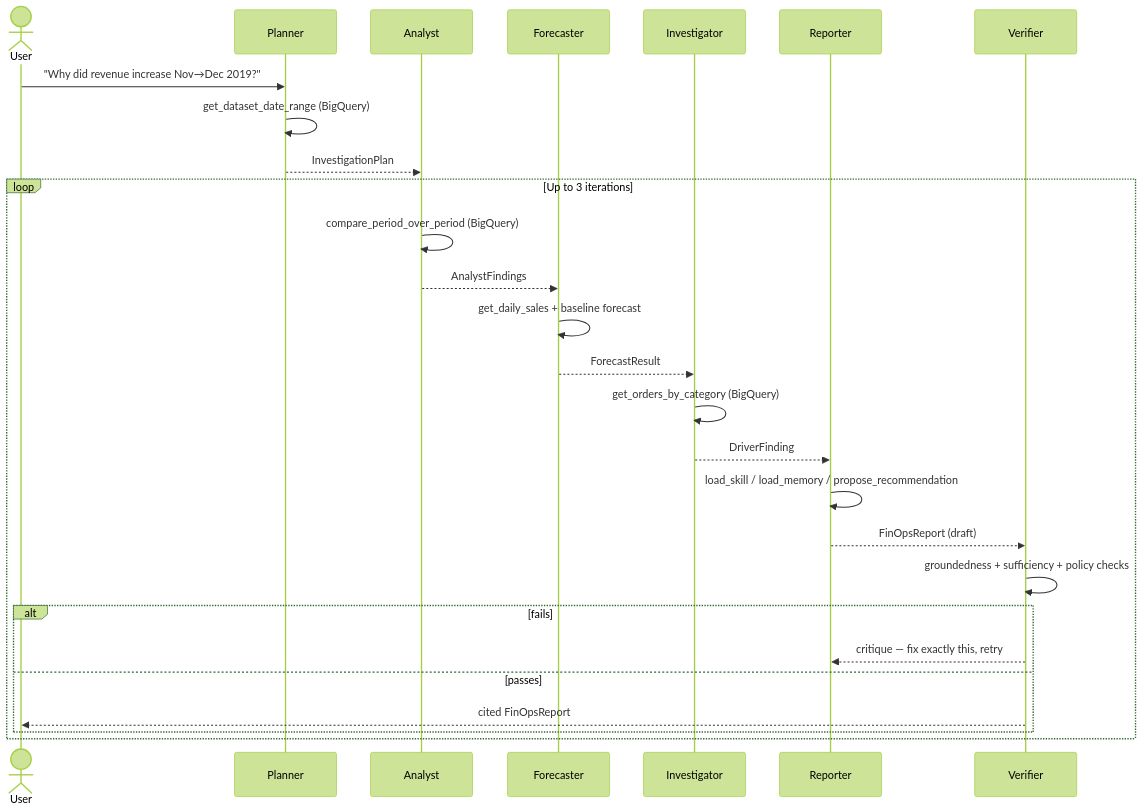
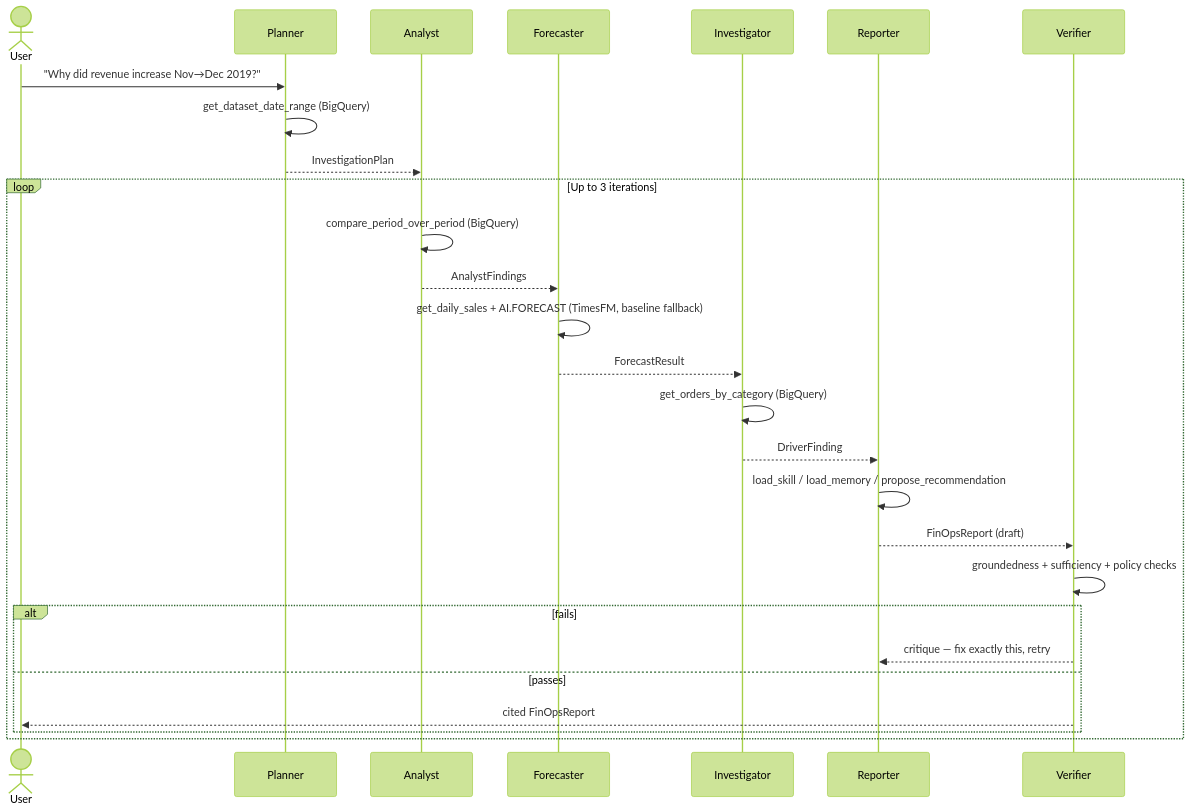
One commit to Aadarsh-Praveen/FinSight changed the second of 3 diagrams in README.md. Above: the diagram before and after it, drawn with Mermaid (forest theme). The commit also changed other lines of this file, not shown here.

First line of the commit message:
fix: update stale Mermaid diagram labels missed during the TimesFM merge

````diff
--- a/README.md
+++ b/README.md
@@ -109,31 +110,31 @@
 ```mermaid
 sequenceDiagram
     actor U as User
     participant P as Planner
     participant A as Analyst
     participant Fc as Forecaster
     participant I as Investigator
     participant R as Reporter
     participant V as Verifier
 
     U->>P: "Why did revenue increase Nov→Dec 2019?"
     P->>P: get_dataset_date_range (BigQuery)
     P-->>A: InvestigationPlan
 
     loop Up to 3 iterations
         A->>A: compare_period_over_period (BigQuery)
         A-->>Fc: AnalystFindings
-        Fc->>Fc: get_daily_sales + baseline forecast
+        Fc->>Fc: get_daily_sales + AI.FORECAST (TimesFM, baseline fallback)
         Fc-->>I: ForecastResult
         I->>I: get_orders_by_category (BigQuery)
         I-->>R: DriverFinding
         R->>R: load_skill / load_memory / propose_recommendation
         R-->>V: FinOpsReport (draft)
         V->>V: groundedness + sufficiency + policy checks
         alt fails
             V-->>R: critique — fix exactly this, retry
         else passes
             V-->>U: cited FinOpsReport
         end
     end
 ```
````
